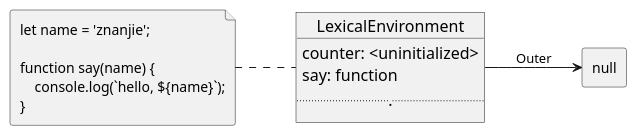
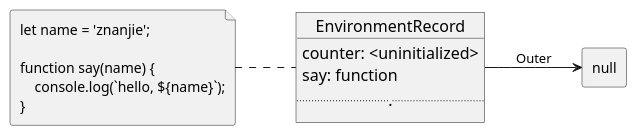
One commit to znanjie/rerurn-true-to-win changed the diagram in static/puml/lexcical-function.puml. Above: the diagram before and after it, drawn with PlantUML. The commit also changed 7 other files, not shown here.

```diff
--- a/static/puml/lexcical-function.puml
+++ b/static/puml/lexcical-function.puml
@@ -1,25 +1,25 @@
 @startuml LexicalEnvironmentFunction
 skinparam {
     FileFontSize 14
     ObjectAttributeFontSize 14
     ObjectFontSize 16
 }
 agent agent [
     null
 ]
 file counter [
     let name = 'znanjie';
 
     function say(name) {
         console.log(`hello, ${name}`);
     }
 ]
-object LexicalEnvironment
-LexicalEnvironment : counter: <uninitialized>
-LexicalEnvironment : say: function
-LexicalEnvironment : .....
+object EnvironmentRecord
+EnvironmentRecord : counter: <uninitialized>
+EnvironmentRecord : say: function
+EnvironmentRecord : .....
 
 left to right direction
-counter .. LexicalEnvironment
-LexicalEnvironment --> agent: Outer
+counter .. EnvironmentRecord
+EnvironmentRecord --> agent: Outer
 @enduml
```
